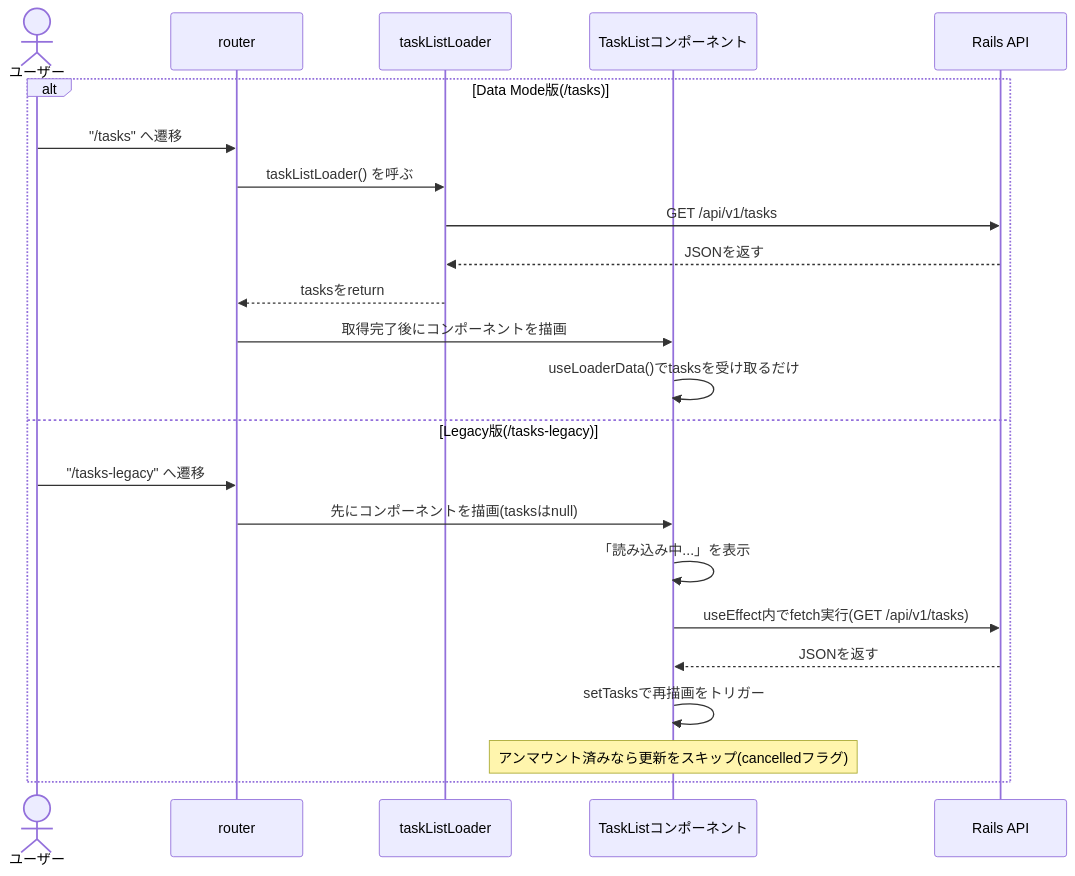
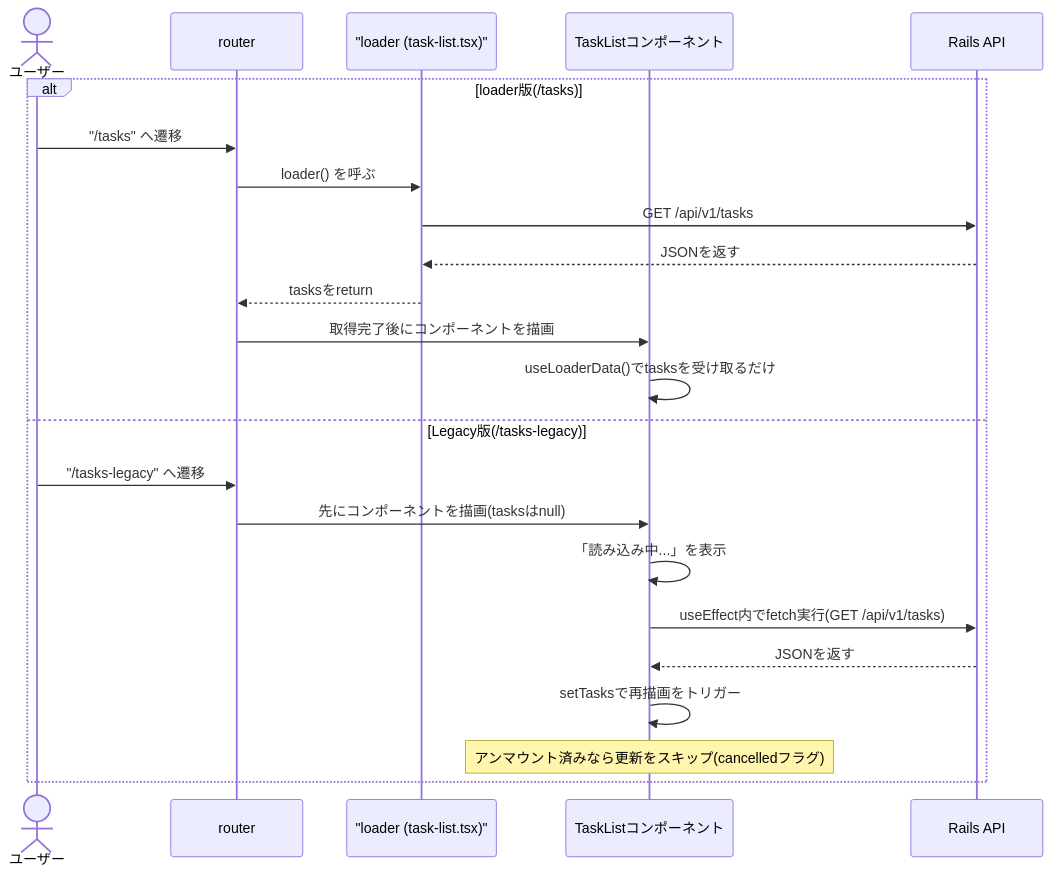
One commit to to0526/rr8-rails-poc changed the fifth of 7 diagrams in docs/frontend-guide-for-rails-engineers.md. Above: the diagram before and after it, drawn with Mermaid. The commit also changed other lines of this file, not shown here.

````diff
--- a/docs/frontend-guide-for-rails-engineers.md
+++ b/docs/frontend-guide-for-rails-engineers.md
@@ -431,26 +504,26 @@
 ```mermaid
 sequenceDiagram
     actor User as ユーザー
     participant RR as router
-    participant Loader as taskListLoader
+    participant Loader as "loader (task-list.tsx)"
     participant Comp as TaskListコンポーネント
     participant Rails as Rails API
 
-    alt Data Mode版(/tasks)
+    alt loader版(/tasks)
         User->>RR: "/tasks" へ遷移
-        RR->>Loader: taskListLoader() を呼ぶ
+        RR->>Loader: loader() を呼ぶ
         Loader->>Rails: GET /api/v1/tasks
         Rails-->>Loader: JSONを返す
         Loader-->>RR: tasksをreturn
         RR->>Comp: 取得完了後にコンポーネントを描画
         Comp->>Comp: useLoaderData()でtasksを受け取るだけ
     else Legacy版(/tasks-legacy)
         User->>RR: "/tasks-legacy" へ遷移
         RR->>Comp: 先にコンポーネントを描画(tasksはnull)
         Comp->>Comp: 「読み込み中...」を表示
         Comp->>Rails: useEffect内でfetch実行(GET /api/v1/tasks)
         Rails-->>Comp: JSONを返す
         Comp->>Comp: setTasksで再描画をトリガー
         Note over Comp: アンマウント済みなら更新をスキップ(cancelledフラグ)
     end
 ```
````
